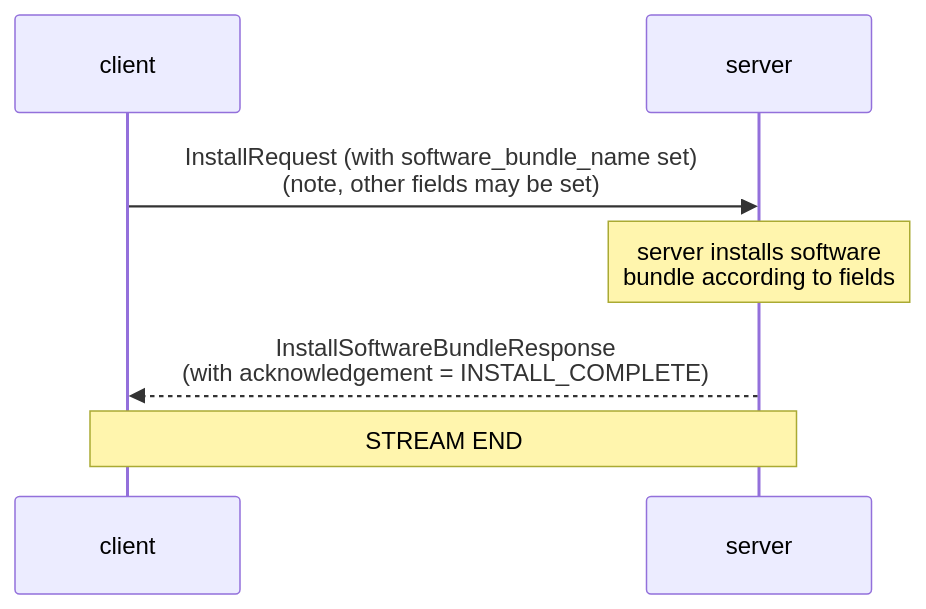
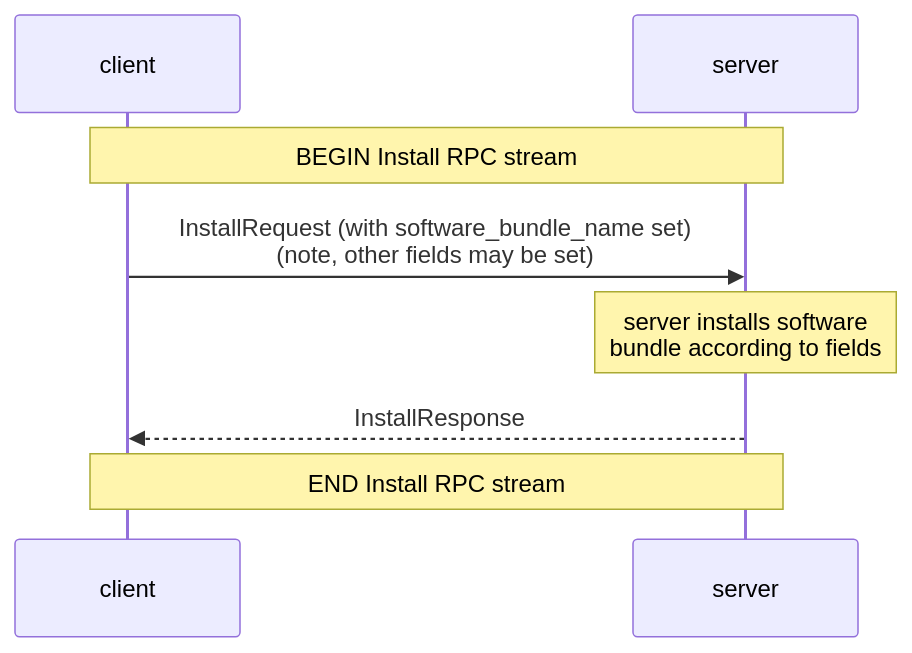
Before and after one commit to openconfig/gnoi: the third of 3 diagrams in software_bundle/README.md, drawn with Mermaid. The commit also changed other lines of this file and 3 other files, not shown here.

````diff
--- a/software_bundle/README.md
+++ b/software_bundle/README.md
@@ -104,9 +108,10 @@
 ```mermaid
 sequenceDiagram
     participant client
     participant server
+    Note over client,server: BEGIN Install RPC stream
     client->>server: InstallRequest (with software_bundle_name set)<br/>(note, other fields may be set)
     Note over server: server installs software<br/>bundle according to fields
-    server-->>client: InstallSoftwareBundleResponse<br/>(with acknowledgement = INSTALL_COMPLETE)
-    Note over client,server: STREAM END
+    server-->>client: InstallResponse
+    Note over client,server: END Install RPC stream
 ```
````
